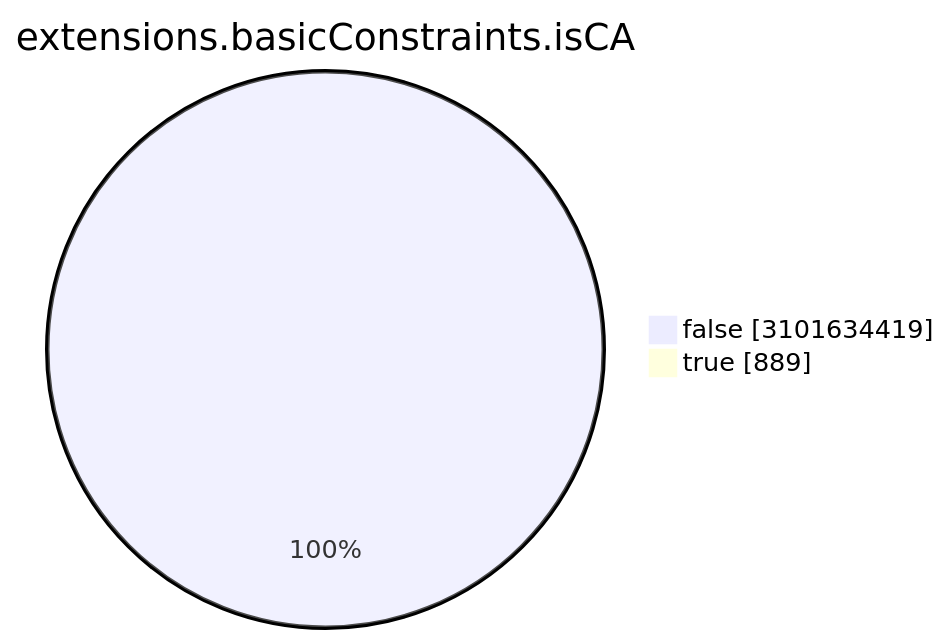
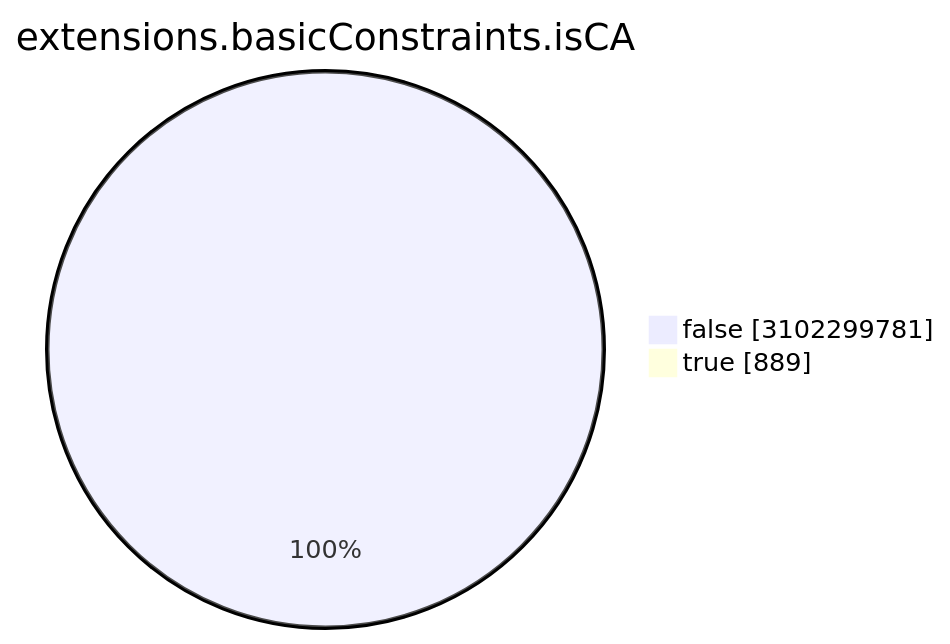
One commit to christiankrug/ctmonitor_visualization changed the seventh of 15 diagrams in TOTAL/README.md. Above: the diagram before and after it, drawn with Mermaid. The commit also changed other lines of this file, not shown here.

````diff
--- a/TOTAL/README.md
+++ b/TOTAL/README.md
@@ -3086,6 +3086,6 @@
 ```mermaid
 pie showData
 title extensions.basicConstraints.isCA
-"false" :3101634419
+"false" :3102299781
 "true" :889
 ```
````
